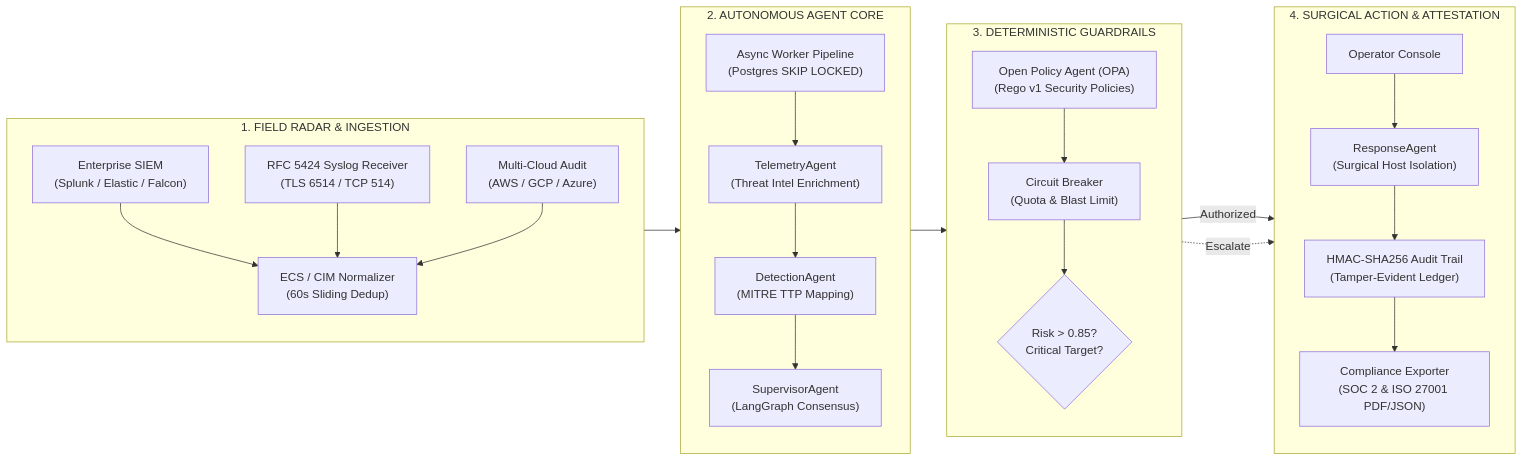
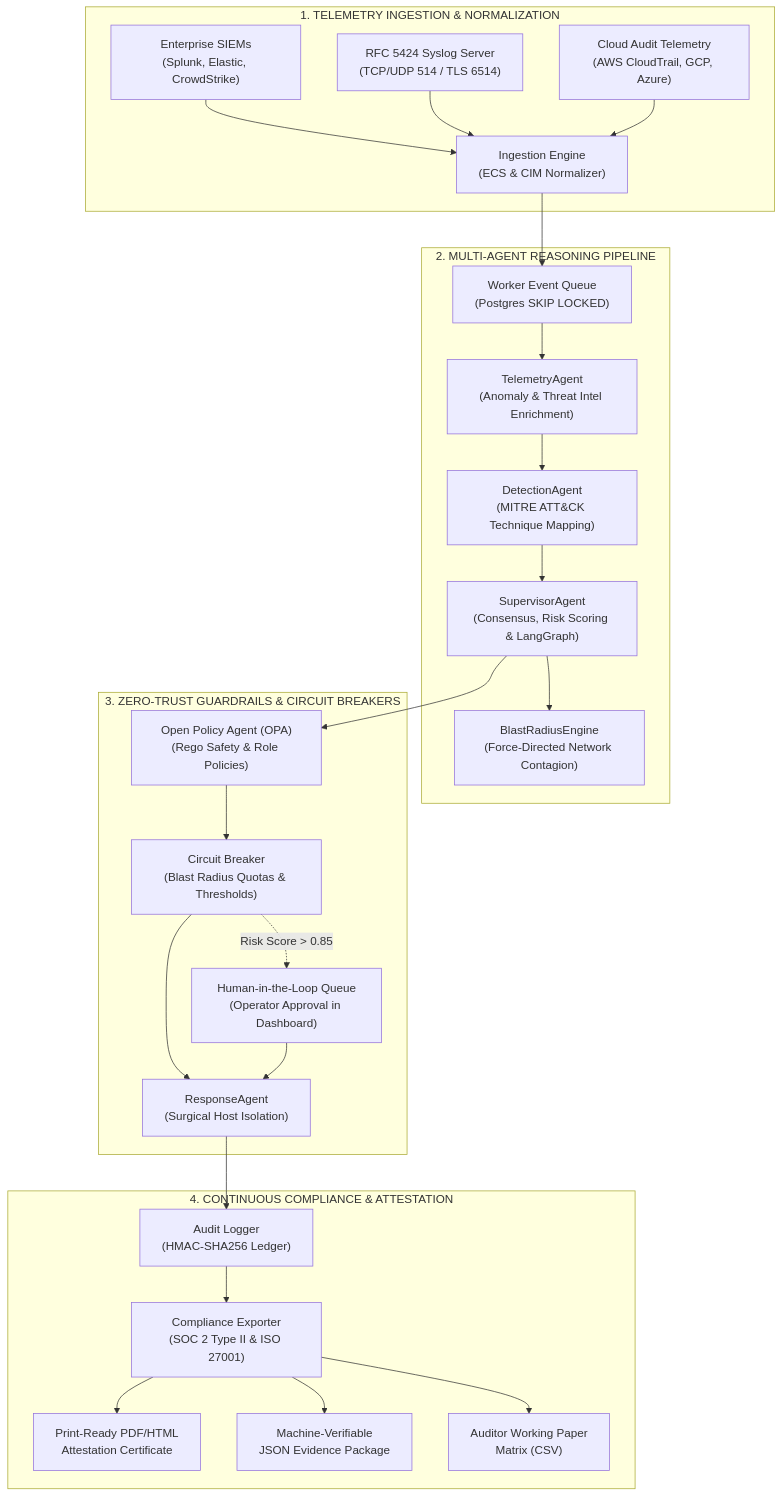
Before and after one commit to Ismail-2001/Autonomous-Secure-AI-Operations-Center: the diagram in README.md, drawn with Mermaid. The commit also changed other lines of this file, not shown here.

Commit message:
docs(readme): publication-grade FDE enterprise README with full telemetry, war game benchmarks, and runbook matrices

````diff
--- a/README.md
+++ b/README.md
@@ -39,41 +70,36 @@
 ```mermaid
-flowchart LR
-    subgraph INGEST ["1. FIELD RADAR & INGESTION"]
-        direction TB
-        SIEM["Enterprise SIEM<br/>(Splunk / Elastic / Falcon)"]
-        Syslog["RFC 5424 Syslog Receiver<br/>(TLS 6514 / TCP 514)"]
-        Cloud["Multi-Cloud Audit<br/>(AWS / GCP / Azure)"]
-        Normalizer["ECS / CIM Normalizer<br/>(60s Sliding Dedup)"]
-        SIEM --> Normalizer
-        Syslog --> Normalizer
-        Cloud --> Normalizer
+flowchart TD
+    subgraph Ingestion ["1. TELEMETRY INGESTION & NORMALIZATION"]
+        SIEM["Enterprise SIEMs<br>(Splunk, Elastic, CrowdStrike)"]
+        Syslog["RFC 5424 Syslog Server<br>(TCP/UDP 514 / TLS 6514)"]
+        Cloud["Cloud Audit Telemetry<br>(AWS CloudTrail, GCP, Azure)"]
+        Parser["Ingestion Engine<br>(ECS & CIM Normalizer)"]
+        SIEM --> Parser
+        Syslog --> Parser
+        Cloud --> Parser
     end
 
-    subgraph REASONING ["2. AUTONOMOUS AGENT CORE"]
-        direction TB
-        Worker["Async Worker Pipeline<br/>(Postgres SKIP LOCKED)"]
-        TelemetryAgent["TelemetryAgent<br/>(Threat Intel Enrichment)"]
-        DetectionAgent["DetectionAgent<br/>(MITRE TTP Mapping)"]
-        SupervisorAgent["SupervisorAgent<br/>(LangGraph Consensus)"]
-        Normalizer --> Worker --> TelemetryAgent --> DetectionAgent --> SupervisorAgent
+    subgraph MultiAgent ["2. MULTI-AGENT REASONING PIPELINE"]
+        Parser --> Queue["Worker Event Queue<br>(Postgres SKIP LOCKED)"]
+        Queue --> Telemetry["TelemetryAgent<br>(Anomaly & Threat Intel Enrichment)"]
+        Telemetry --> Detection["DetectionAgent<br>(MITRE ATT&CK Technique Mapping)"]
+        Detection --> Supervisor["SupervisorAgent<br>(Consensus, Risk Scoring & LangGraph)"]
+        Supervisor --> Blast["BlastRadiusEngine<br>(Force-Directed Network Contagion)"]
     end
 
-    subgraph GUARDRAILS ["3. DETERMINISTIC GUARDRAILS"]
-        direction TB
-        OPA["Open Policy Agent (OPA)<br/>(Rego v1 Security Policies)"]
-        CircuitBreaker["Circuit Breaker<br/>(Quota & Blast Limit)"]
-        HITL{"Risk > 0.85?<br/>Critical Target?"}
-        SupervisorAgent --> OPA --> CircuitBreaker --> HITL
+    subgraph Guardrails ["3. ZERO-TRUST GUARDRAILS & CIRCUIT BREAKERS"]
+        Supervisor --> OPA["Open Policy Agent (OPA)<br>(Rego Safety & Role Policies)"]
+        OPA --> CB["Circuit Breaker<br>(Blast Radius Quotas & Thresholds)"]
+        CB --> Response["ResponseAgent<br>(Surgical Host Isolation)"]
+        CB -.->|Risk Score > 0.85| HITL["Human-in-the-Loop Queue<br>(Operator Approval in Dashboard)"]
+        HITL --> Response
     end
 
-    subgraph CONTAINMENT ["4. SURGICAL ACTION & ATTESTATION"]
-        direction TB
-        ResponseAgent["ResponseAgent<br/>(Surgical Host Isolation)"]
-        Ledger["HMAC-SHA256 Audit Trail<br/>(Tamper-Evident Ledger)"]
-        Exporter["Compliance Exporter<br/>(SOC 2 & ISO 27001 PDF/JSON)"]
-        HITL -->|Authorized| ResponseAgent
-        HITL -.->|Escalate| HumanOp["Operator Console"]
-        HumanOp --> ResponseAgent
-        ResponseAgent --> Ledger --> Exporter
+    subgraph Attestation ["4. CONTINUOUS COMPLIANCE & ATTESTATION"]
+        Response --> Audit["Audit Logger<br>(HMAC-SHA256 Ledger)"]
+        Audit --> CompEngine["Compliance Exporter<br>(SOC 2 Type II & ISO 27001)"]
+        CompEngine --> CertPDF["Print-Ready PDF/HTML<br>Attestation Certificate"]
+        CompEngine --> JSONPkg["Machine-Verifiable<br>JSON Evidence Package"]
+        CompEngine --> CSVWork["Auditor Working Paper<br>Matrix (CSV)"]
     end
 ```
````
